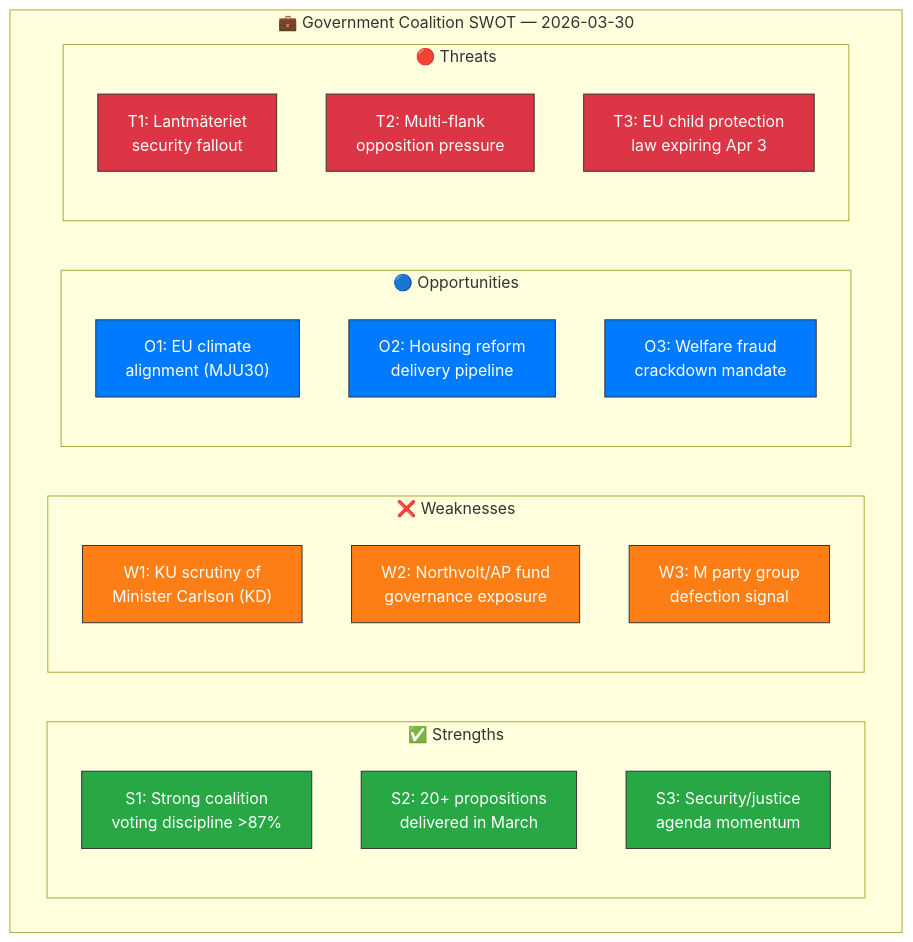
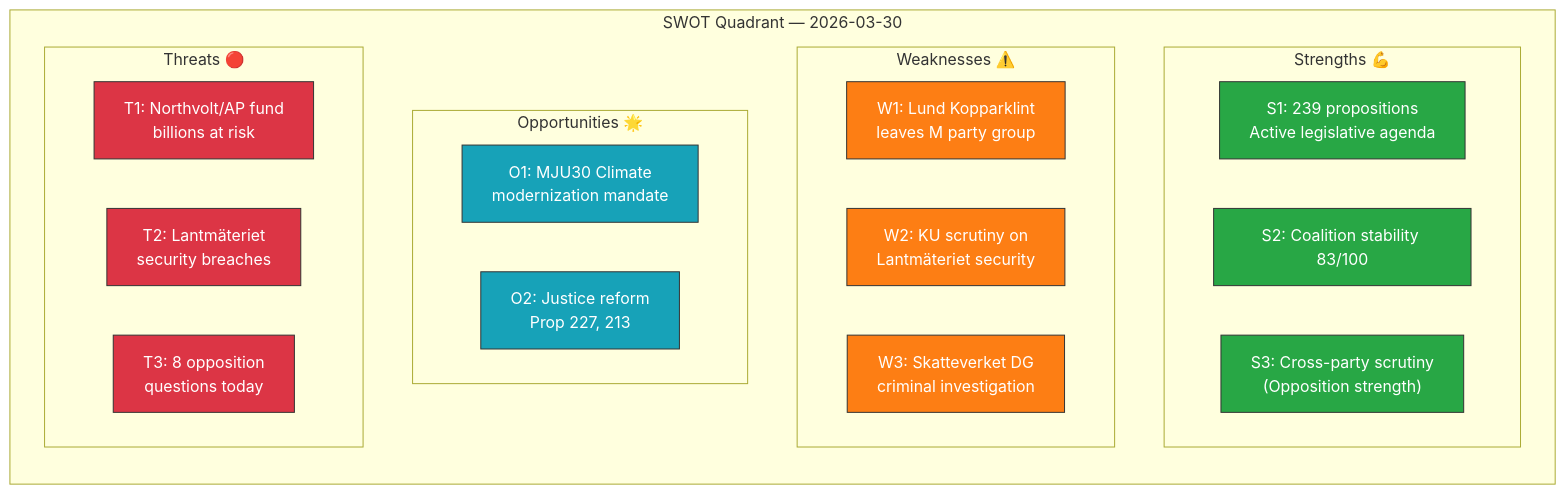
The diagram in analysis/daily/2026-03-30/swot-analysis.md (Hack23/riksdagsmonitor), drawn with Mermaid before and after one commit. The commit also changed other lines of this file and 37 other files, not shown here.

First line of the commit message:
📊 Enhanced analysis: KU hearings on Northvolt & Lantmäteriet security - 2026-03-30

````diff
--- a/analysis/daily/2026-03-30/swot-analysis.md
+++ b/analysis/daily/2026-03-30/swot-analysis.md
@@ -60,38 +85,37 @@
 ```mermaid
-graph TD
-    subgraph "💼 Government Coalition SWOT — 2026-03-30"
-        subgraph "✅ Strengths"
-            S1["S1: Strong coalition<br/>voting discipline >87%"]
-            S2["S2: 20+ propositions<br/>delivered in March"]
-            S3["S3: Security/justice<br/>agenda momentum"]
+graph TB
+    subgraph "SWOT Quadrant — 2026-03-30"
+        direction TB
+        subgraph "Strengths 💪"
+            S1["S1: 239 propositions<br/>Active legislative agenda"]
+            S2["S2: Coalition stability 83/100"]
+            S3["S3: Cross-party scrutiny<br/>(Opposition strength)"]
         end
-        subgraph "❌ Weaknesses"
-            W1["W1: KU scrutiny of<br/>Minister Carlson (KD)"]
-            W2["W2: Northvolt/AP fund<br/>governance exposure"]
-            W3["W3: M party group<br/>defection signal"]
+        subgraph "Weaknesses ⚠️"
+            W1["W1: Lund Kopparklint<br/>leaves M party group"]
+            W2["W2: KU scrutiny on<br/>Lantmäteriet security"]
+            W3["W3: Skatteverket DG<br/>criminal investigation"]
         end
-        subgraph "🔵 Opportunities"
-            O1["O1: EU climate<br/>alignment (MJU30)"]
-            O2["O2: Housing reform<br/>delivery pipeline"]
-            O3["O3: Welfare fraud<br/>crackdown mandate"]
+        subgraph "Opportunities 🌟"
+            O1["O1: MJU30 Climate<br/>modernization mandate"]
+            O2["O2: Justice reform<br/>Prop 227, 213"]
         end
-        subgraph "🔴 Threats"
-            T1["T1: Lantmäteriet<br/>security fallout"]
-            T2["T2: Multi-flank<br/>opposition pressure"]
-            T3["T3: EU child protection<br/>law expiring Apr 3"]
+        subgraph "Threats 🔴"
+            T1["T1: Northvolt/AP fund<br/>billions at risk"]
+            T2["T2: Lantmäteriet<br/>security breaches"]
+            T3["T3: 8 opposition<br/>questions today"]
         end
     end
-
+    
     style S1 fill:#28a745,stroke:#333,color:#fff
     style S2 fill:#28a745,stroke:#333,color:#fff
     style S3 fill:#28a745,stroke:#333,color:#fff
     style W1 fill:#fd7e14,stroke:#333,color:#fff
     style W2 fill:#fd7e14,stroke:#333,color:#fff
     style W3 fill:#fd7e14,stroke:#333,color:#fff
-    style O1 fill:#007bff,stroke:#333,color:#fff
-    style O2 fill:#007bff,stroke:#333,color:#fff
-    style O3 fill:#007bff,stroke:#333,color:#fff
+    style O1 fill:#17a2b8,stroke:#333,color:#fff
+    style O2 fill:#17a2b8,stroke:#333,color:#fff
     style T1 fill:#dc3545,stroke:#333,color:#fff
     style T2 fill:#dc3545,stroke:#333,color:#fff
     style T3 fill:#dc3545,stroke:#333,color:#fff
 ```
````
